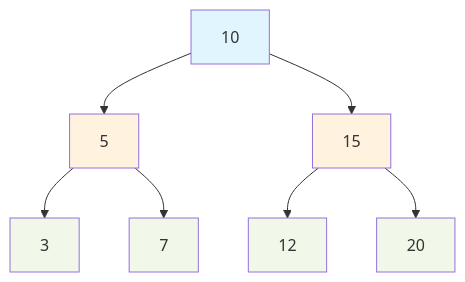
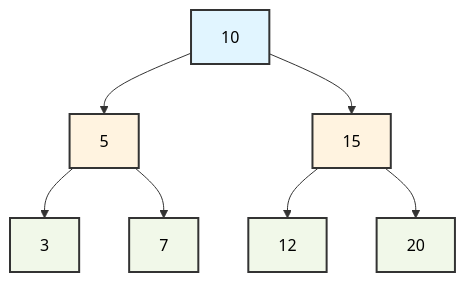
One commit to PanagopoulosNikolaos/DitOpenNotes changed the first of 43 diagrams in Year_2/Semester_3/DSA_DATA_STRUCTURES_ALGORITHMS/Lectures/Binary_Trees.md. Above: the diagram before and after it, drawn with Mermaid. The commit also changed other lines of this file and 4 other files, not shown here.

````diff
--- a/Year_2/Semester_3/DSA_DATA_STRUCTURES_ALGORITHMS/Lectures/Binary_Trees.md
+++ b/Year_2/Semester_3/DSA_DATA_STRUCTURES_ALGORITHMS/Lectures/Binary_Trees.md
@@ -28,17 +28,17 @@
 ```mermaid
 graph TD
     A[10] --> B[5]
     A --> C[15]
     B --> D[3]
     B --> E[7]
     C --> F[12]
     C --> G[20]
     
-    style A fill:#e1f5ff
-    style B fill:#fff3e0
-    style C fill:#fff3e0
-    style D fill:#f1f8e9
-    style E fill:#f1f8e9
-    style F fill:#f1f8e9
-    style G fill:#f1f8e9
+    style A fill:#e1f5ff,stroke:#333,stroke-width:2px,color:black
+    style B fill:#fff3e0,stroke:#333,stroke-width:2px,color:black
+    style C fill:#fff3e0,stroke:#333,stroke-width:2px,color:black
+    style D fill:#f1f8e9,stroke:#333,stroke-width:2px,color:black
+    style E fill:#f1f8e9,stroke:#333,stroke-width:2px,color:black
+    style F fill:#f1f8e9,stroke:#333,stroke-width:2px,color:black
+    style G fill:#f1f8e9,stroke:#333,stroke-width:2px,color:black
 ```
````
